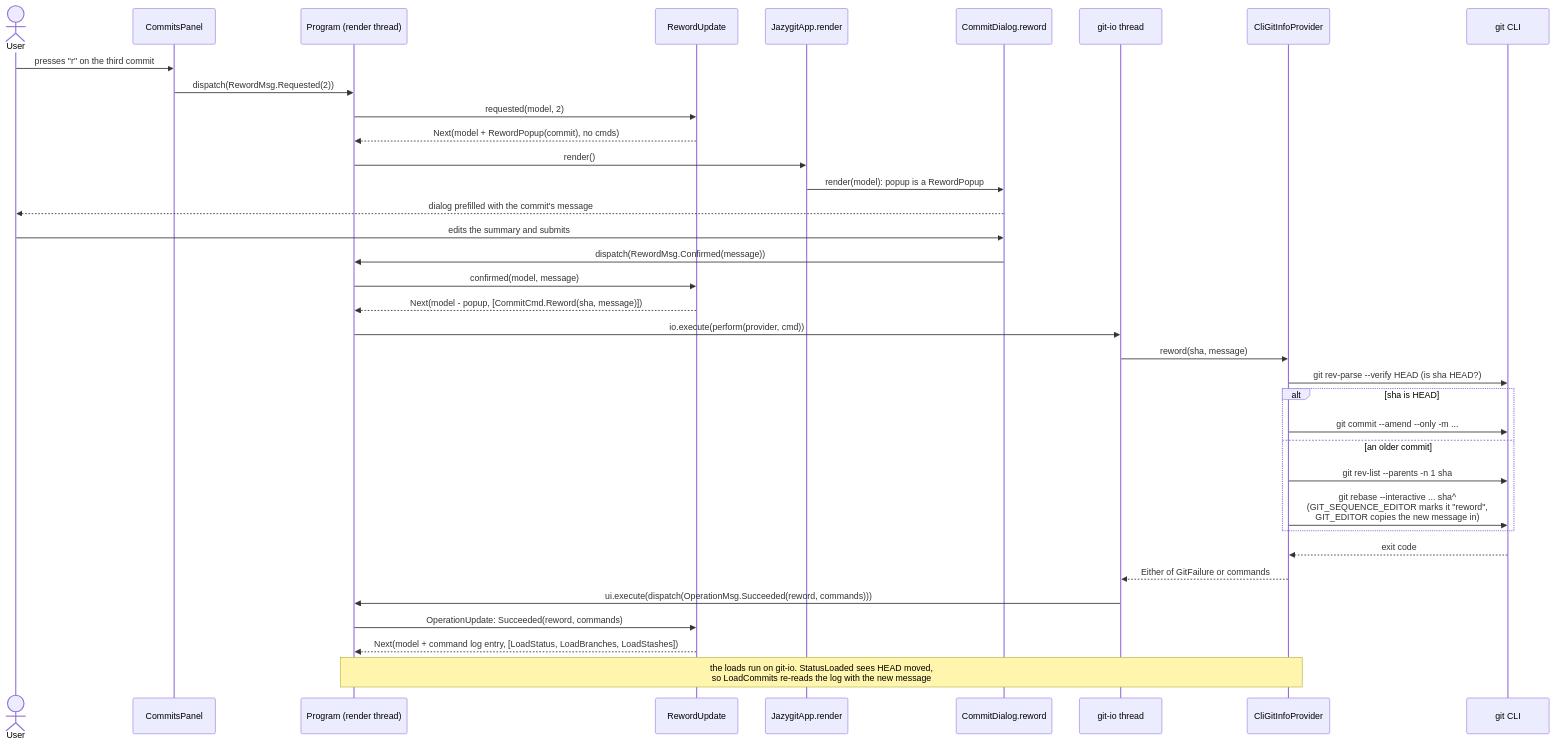
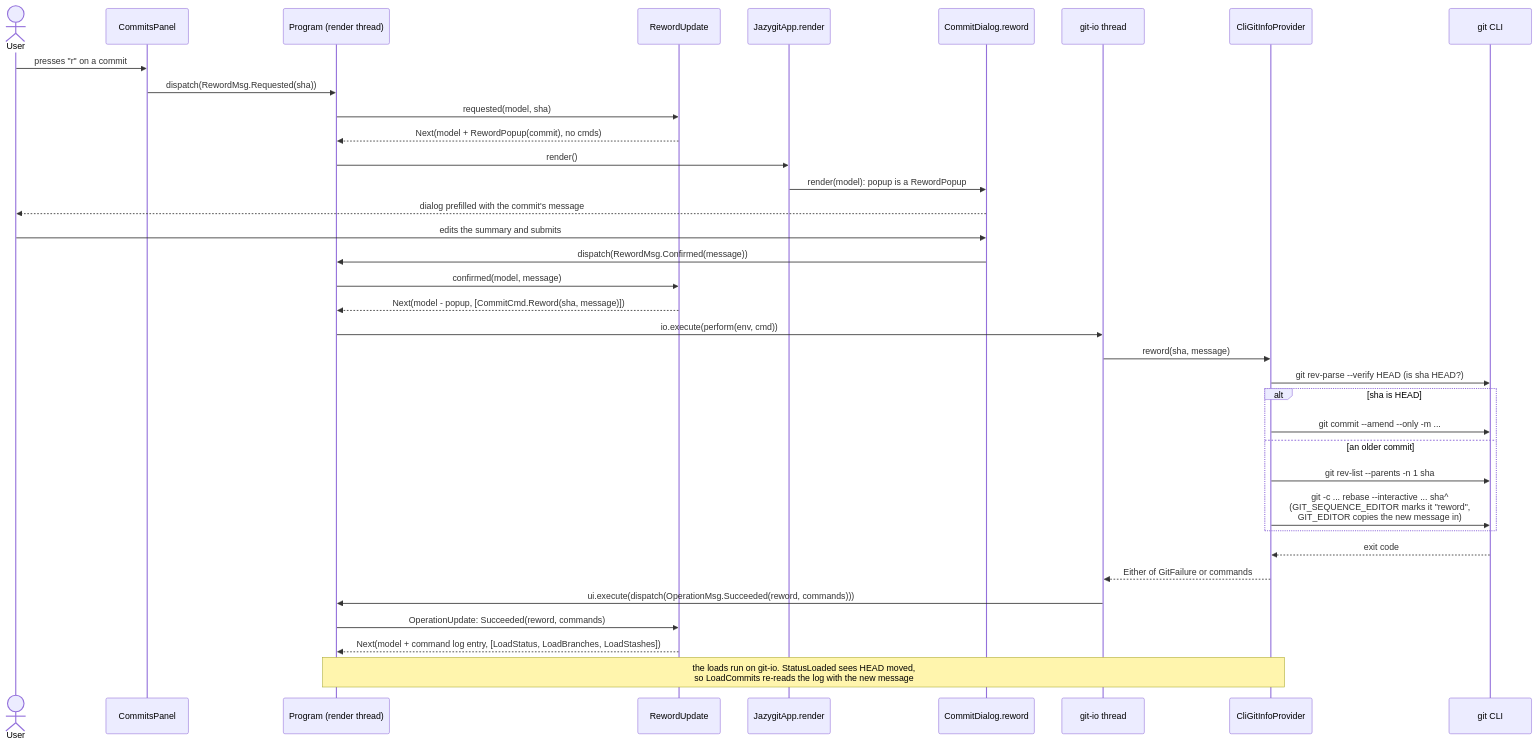
One commit to cvanfleteren/jazygit changed the sixth of 7 diagrams in ARCHITECTURE.md. Above: the diagram before and after it, drawn with Mermaid. The commit also changed other lines of this file and 5 other files, not shown here.

````diff
--- a/ARCHITECTURE.md
+++ b/ARCHITECTURE.md
@@ -398,42 +489,42 @@
 ```mermaid
 sequenceDiagram
     actor User
     participant Panel as CommitsPanel
     participant Program as Program (render thread)
     participant Update as RewordUpdate
     participant App as JazygitApp.render
     participant Dialog as CommitDialog.reword
     participant IO as git-io thread
     participant Provider as CliGitInfoProvider
     participant Git as git CLI
 
-    User->>Panel: presses "r" on the third commit
-    Panel->>Program: dispatch(RewordMsg.Requested(2))
-    Program->>Update: requested(model, 2)
+    User->>Panel: presses "r" on a commit
+    Panel->>Program: dispatch(RewordMsg.Requested(sha))
+    Program->>Update: requested(model, sha)
     Update-->>Program: Next(model + RewordPopup(commit), no cmds)
     Program->>App: render()
     App->>Dialog: render(model): popup is a RewordPopup
     Dialog-->>User: dialog prefilled with the commit's message
 
     User->>Dialog: edits the summary and submits
     Dialog->>Program: dispatch(RewordMsg.Confirmed(message))
     Program->>Update: confirmed(model, message)
     Update-->>Program: Next(model - popup, [CommitCmd.Reword(sha, message)])
-    Program->>IO: io.execute(perform(provider, cmd))
+    Program->>IO: io.execute(perform(env, cmd))
 
     IO->>Provider: reword(sha, message)
     Provider->>Git: git rev-parse --verify HEAD (is sha HEAD?)
     alt sha is HEAD
         Provider->>Git: git commit --amend --only -m ...
     else an older commit
         Provider->>Git: git rev-list --parents -n 1 sha
-        Provider->>Git: git rebase --interactive ... sha^<br/>(GIT_SEQUENCE_EDITOR marks it "reword",<br/>GIT_EDITOR copies the new message in)
+        Provider->>Git: git -c ... rebase --interactive ... sha^<br/>(GIT_SEQUENCE_EDITOR marks it "reword",<br/>GIT_EDITOR copies the new message in)
     end
     Git-->>Provider: exit code
     Provider-->>IO: Either of GitFailure or commands
     IO->>Program: ui.execute(dispatch(OperationMsg.Succeeded(reword, commands)))
 
     Program->>Update: OperationUpdate: Succeeded(reword, commands)
     Update-->>Program: Next(model + command log entry, [LoadStatus, LoadBranches, LoadStashes])
     Note over Program,Provider: the loads run on git-io. StatusLoaded sees HEAD moved,<br/>so LoadCommits re-reads the log with the new message
 ```
````
